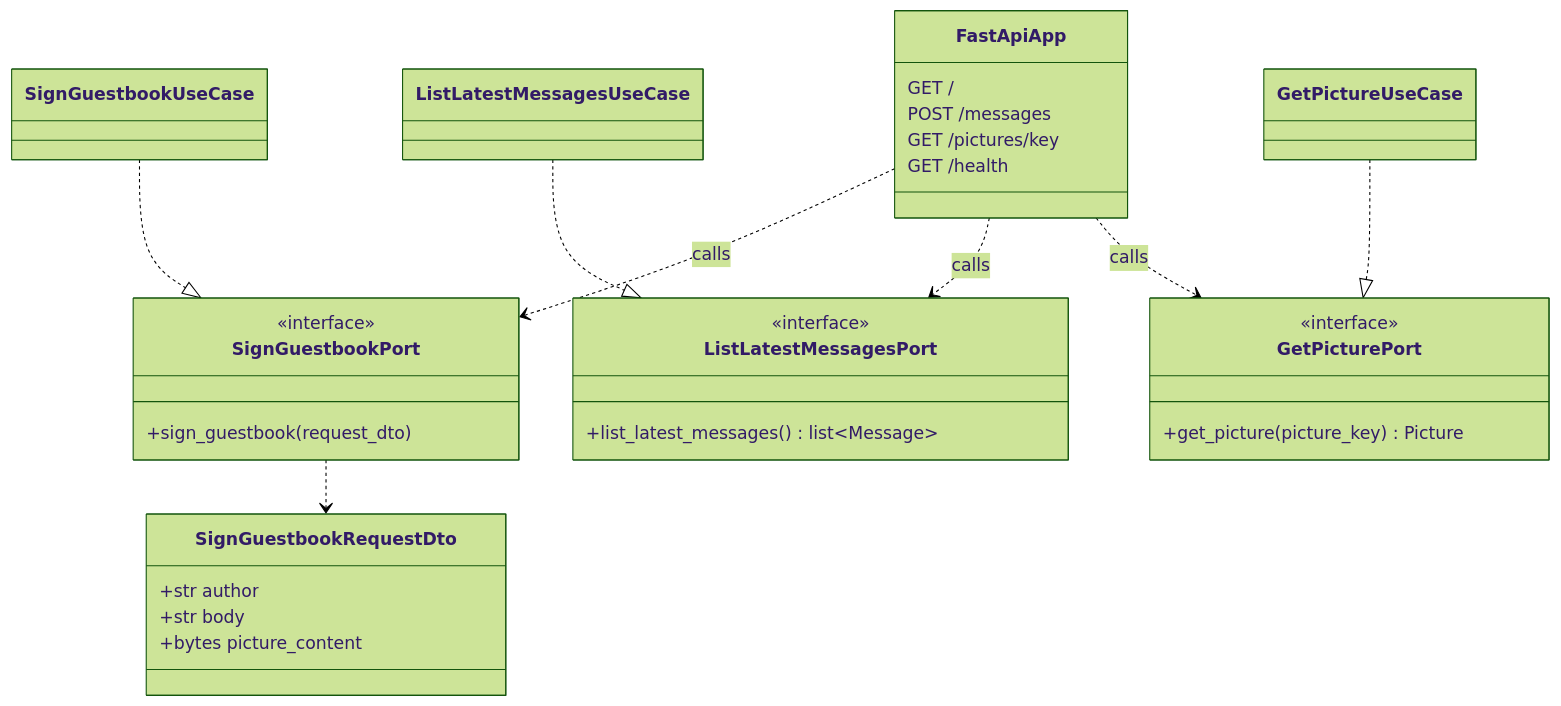
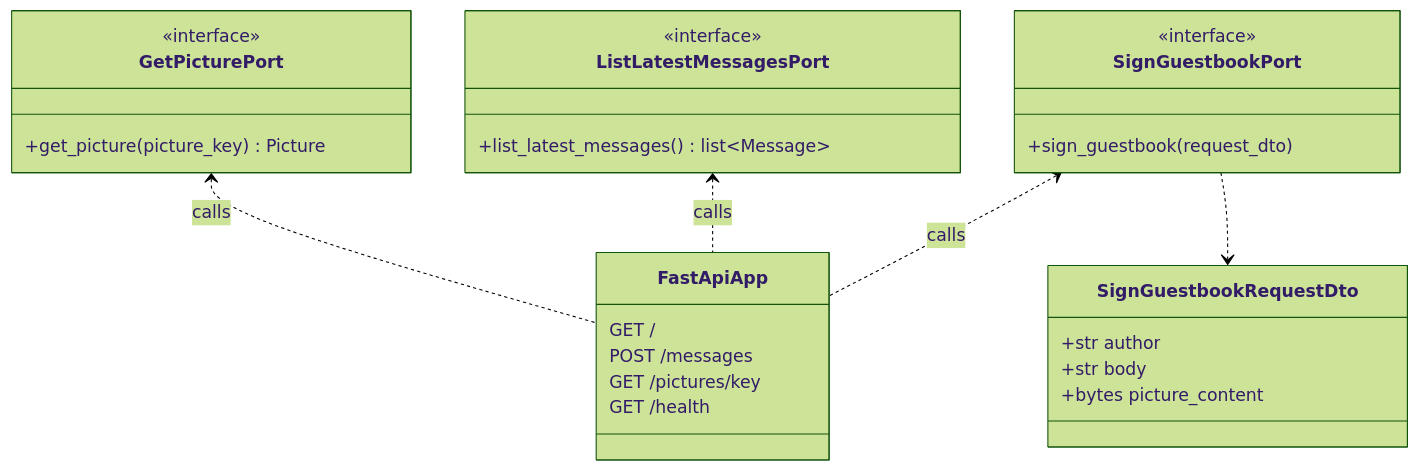
The fifth of 17 diagrams in docs/guestbook.md (CesarBallardini/guestbook-on-floci), drawn with Mermaid (forest theme) before and after one commit. The commit also changed other lines of this file, not shown here.

First line of the commit message:
docs: split the architecture diagrams by adapters and use cases

````diff
--- a/docs/guestbook.md
+++ b/docs/guestbook.md
@@ -235,37 +281,31 @@
 ```mermaid
 classDiagram
     class SignGuestbookPort {
         <<interface>>
         +sign_guestbook(request_dto)
     }
     class ListLatestMessagesPort {
         <<interface>>
         +list_latest_messages() list~Message~
     }
     class GetPicturePort {
         <<interface>>
         +get_picture(picture_key) Picture
     }
     class SignGuestbookRequestDto {
         +str author
         +str body
         +bytes picture_content
     }
-    class SignGuestbookUseCase
-    class ListLatestMessagesUseCase
-    class GetPictureUseCase
     class FastApiApp {
         GET /
         POST /messages
         GET /pictures/key
         GET /health
     }
 
-    SignGuestbookUseCase ..|> SignGuestbookPort
-    ListLatestMessagesUseCase ..|> ListLatestMessagesPort
-    GetPictureUseCase ..|> GetPicturePort
-    FastApiApp ..> SignGuestbookPort : calls
-    FastApiApp ..> ListLatestMessagesPort : calls
-    FastApiApp ..> GetPicturePort : calls
+    SignGuestbookPort <.. FastApiApp : calls
+    ListLatestMessagesPort <.. FastApiApp : calls
+    GetPicturePort <.. FastApiApp : calls
     SignGuestbookPort ..> SignGuestbookRequestDto
 ```
````
